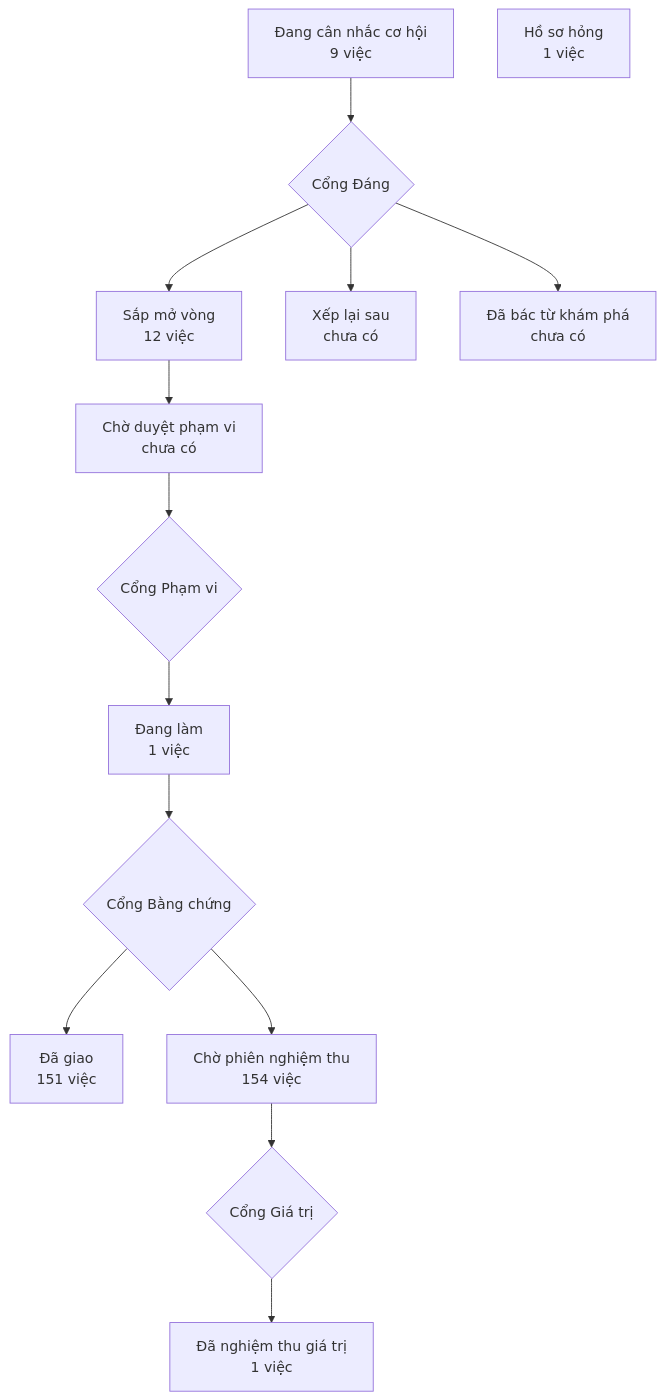
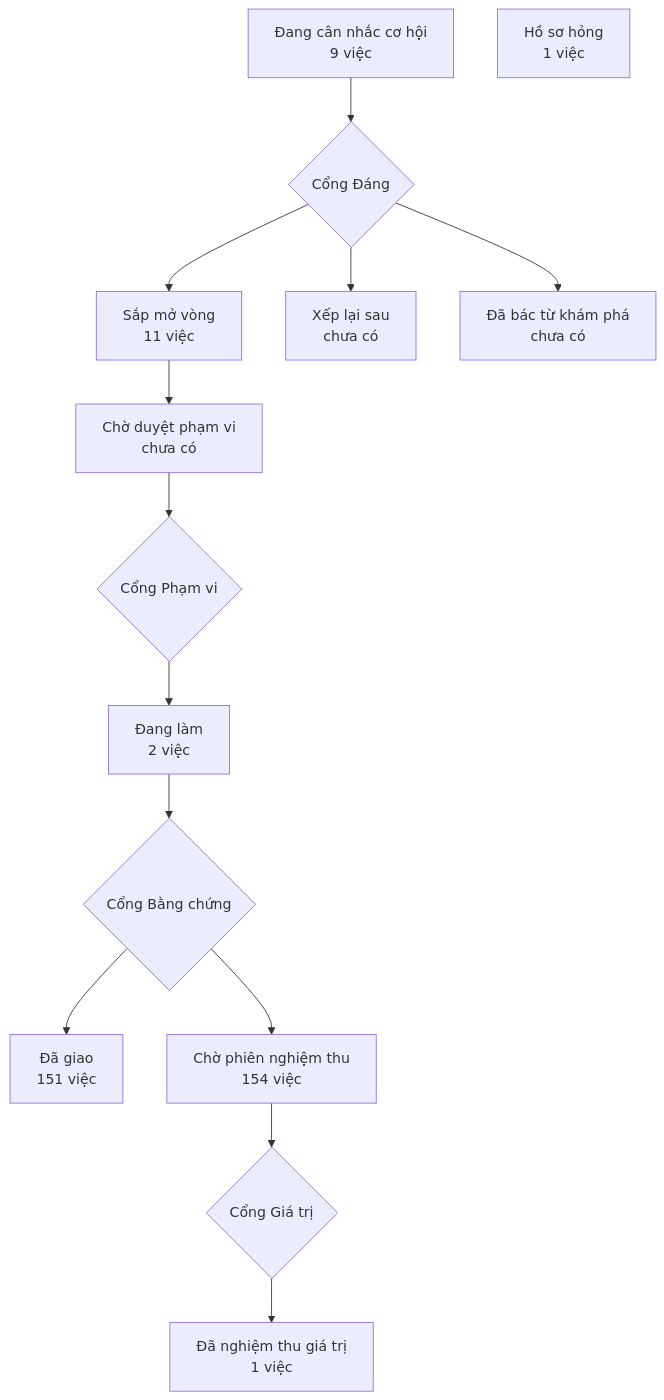
Before and after one commit to phanlemanh/crm-onehub: the diagram in PRODUCT-MAP.md, drawn with Mermaid. The commit also changed 3 other files, not shown here.

````diff
--- a/PRODUCT-MAP.md
+++ b/PRODUCT-MAP.md
@@ -7,13 +7,13 @@
 ```mermaid
 flowchart TD
   A["Đang cân nhắc cơ hội<br/>9 việc"] --> GD{"Cổng Đáng"}
-  GD --> B["Sắp mở vòng<br/>12 việc"]
+  GD --> B["Sắp mở vòng<br/>11 việc"]
   GD --> XL["Xếp lại sau<br/>chưa có"]
   GD --> DB["Đã bác từ khám phá<br/>chưa có"]
   B --> CD["Chờ duyệt phạm vi<br/>chưa có"] --> GP{"Cổng Phạm vi"}
-  GP --> DL["Đang làm<br/>1 việc"] --> GB{"Cổng Bằng chứng"}
+  GP --> DL["Đang làm<br/>2 việc"] --> GB{"Cổng Bằng chứng"}
   GB --> DG["Đã giao<br/>151 việc"]
   GB --> CN["Chờ phiên nghiệm thu<br/>154 việc"] --> GG{"Cổng Giá trị"}
   GG --> NT["Đã nghiệm thu giá trị<br/>1 việc"]
   HS["Hồ sơ hỏng<br/>1 việc"]
 ```
````
